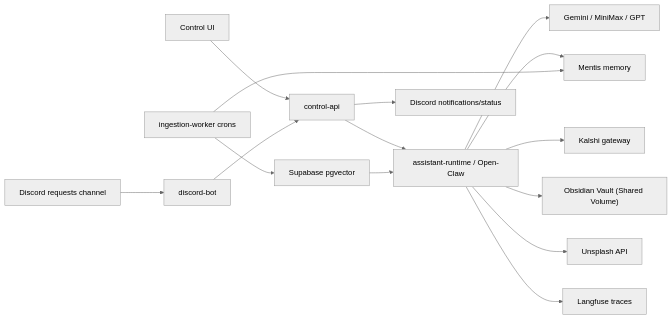
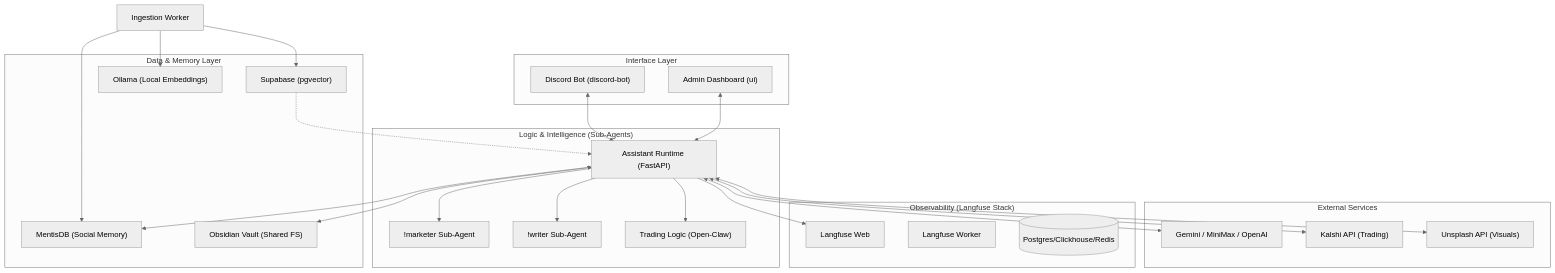
Before and after one commit to setohe0909/pc-agent: the diagram in docs/architecture.md, drawn with Mermaid (neutral theme). The commit also changed other lines of this file and 1 other file, not shown here.

Commit message:
docs: update architecture documentation and add !writer sub-agent controls to WikiView UI

````diff
--- a/docs/architecture.md
+++ b/docs/architecture.md
@@ -20,17 +7,52 @@
 ```mermaid
-flowchart LR
-  Discord["Discord requests channel"] --> Bot["discord-bot"]
-  UI["Control UI"] --> API["control-api"]
-  Bot --> API
-  API --> Assistant["assistant-runtime / Open-Claw"]
-  Assistant --> LLM["Gemini / MiniMax / GPT"]
-  Assistant --> Mentis["Mentis memory"]
-  Assistant --> Kalshi["Kalshi gateway"]
-  Assistant --> Obsidian["Obsidian Vault (Shared Volume)"]
-  Assistant --> Unsplash["Unsplash API"]
-  Assistant --> Langfuse["Langfuse traces"]
-  Worker["ingestion-worker crons"] --> Supabase["Supabase pgvector"]
-  Worker --> Mentis
-  Supabase --> Assistant
-  API --> DiscordOps["Discord notifications/status"]
+flowchart TD
+    subgraph "Interface Layer"
+        Discord["Discord Bot (discord-bot)"]
+        AdminUI["Admin Dashboard (ui)"]
+    end
+
+    subgraph "Logic & Intelligence (Sub-Agents)"
+        Runtime["Assistant Runtime (FastAPI)"]
+        Marketer["!marketer Sub-Agent"]
+        Writer["!writer Sub-Agent"]
+        Trader["Trading Logic (Open-Claw)"]
+        Runtime --> Marketer
+        Runtime --> Writer
+        Runtime --> Trader
+    end
+
+    subgraph "Data & Memory Layer"
+        Supabase["Supabase (pgvector)"]
+        Mentis["MentisDB (Social Memory)"]
+        Obsidian["Obsidian Vault (Shared FS)"]
+        Ollama["Ollama (Local Embeddings)"]
+    end
+
+    subgraph "External Services"
+        LLM["Gemini / MiniMax / OpenAI"]
+        Kalshi["Kalshi API (Trading)"]
+        Unsplash["Unsplash API (Visuals)"]
+    end
+
+    subgraph "Observability (Langfuse Stack)"
+        LF_Web["Langfuse Web"]
+        LF_Worker["Langfuse Worker"]
+        LF_DB[(Postgres/Clickhouse/Redis)]
+    end
+
+    %% Interactions
+    Discord <--> Runtime
+    AdminUI <--> Runtime
+    Runtime <--> LLM
+    Runtime <--> Mentis
+    Runtime <--> Obsidian
+    Runtime <--> Kalshi
+    Runtime <--> Unsplash
+    Runtime --> LF_Web
+    
+    %% Background Work
+    Worker["Ingestion Worker"] --> Supabase
+    Worker --> Ollama
+    Worker --> Mentis
+    Supabase -.-> Runtime
 ```
````
